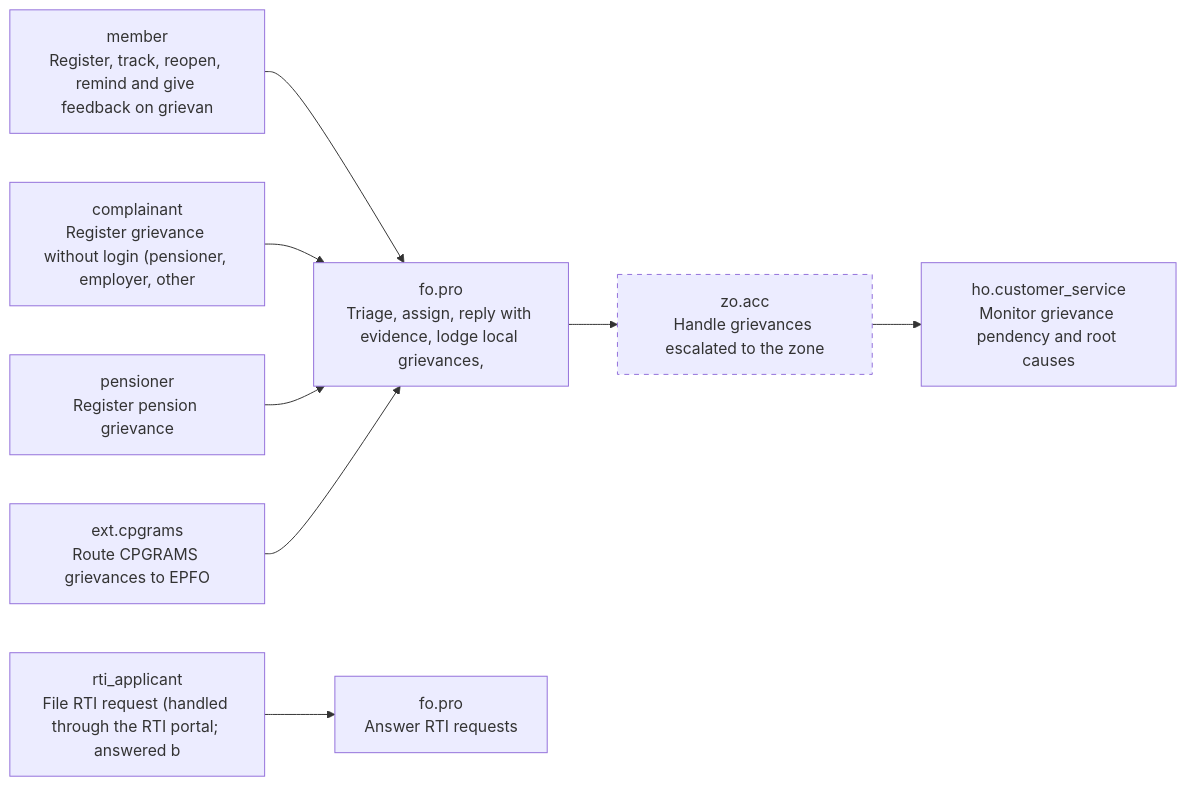
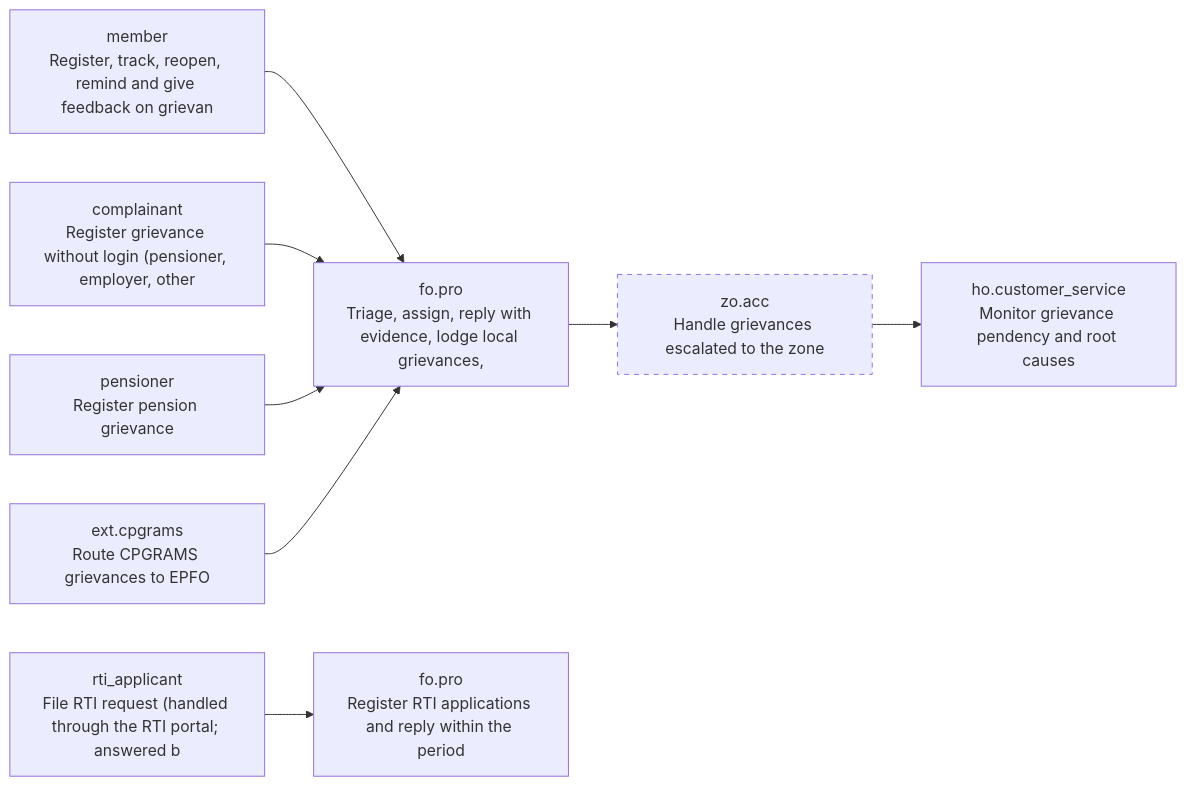
Before and after one commit to gauravmeena0708/pf-life: the eighth of 14 diagrams in docs/stakeholder-api-sets.md, drawn with Mermaid. The commit also changed other lines of this file and 57 other files, not shown here.

First line of the commit message:
P2.12d: internal audit paras, data-principal requests (DPDP Act), RTI applications, the CPGRAMS feed

````diff
--- a/docs/stakeholder-api-sets.md
+++ b/docs/stakeholder-api-sets.md
@@ -1798,20 +1805,20 @@
 ```mermaid
 flowchart LR
   F08_member_file["member<br/>Register, track, reopen, remind and give feedback on grievan"]
   F08_public_file["complainant<br/>Register grievance without login (pensioner, employer, other"]
   F08_pensioner_file["pensioner<br/>Register pension grievance"]
   F08_cpgrams["ext.cpgrams<br/>Route CPGRAMS grievances to EPFO"]
   F08_triage["fo.pro<br/>Triage, assign, reply with evidence, lodge local grievances,"]
   F08_escalate["zo.acc<br/>Handle grievances escalated to the zone"]
   style F08_escalate stroke-dasharray: 5 5
   F08_ho["ho.customer_service<br/>Monitor grievance pendency and root causes"]
   F08_rti["rti_applicant<br/>File RTI request (handled through the RTI portal; answered b"]
-  F08_rti_reply["fo.pro<br/>Answer RTI requests"]
+  F08_rti_reply["fo.pro<br/>Register RTI applications and reply within the period"]
   F08_member_file --> F08_triage
   F08_public_file --> F08_triage
   F08_pensioner_file --> F08_triage
   F08_cpgrams --> F08_triage
   F08_triage --> F08_escalate
   F08_escalate --> F08_ho
   F08_rti --> F08_rti_reply
 ```
````
